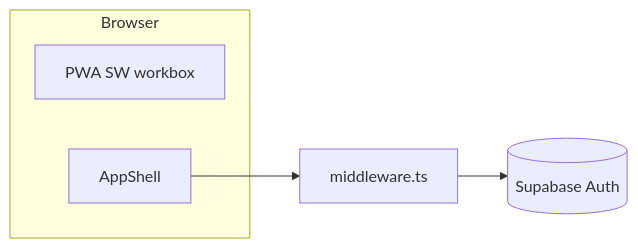
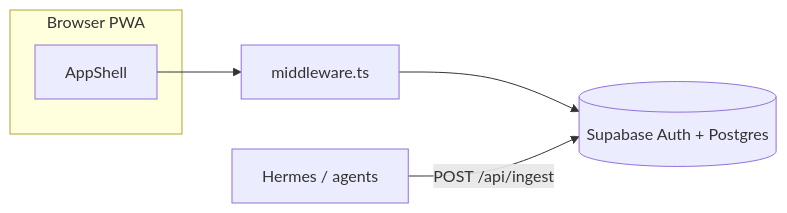
Before and after one commit to judmir/karriqi: the diagram in README.md, drawn with Mermaid. The commit also changed other lines of this file and 9 other files, not shown here.

````diff
--- a/README.md
+++ b/README.md
@@ -70,11 +87,12 @@
 ```mermaid
 flowchart LR
-  subgraph client [Browser]
-    PWA[PWA SW workbox]
+  subgraph client [Browser PWA]
     Shell[AppShell]
   end
   MW[middleware.ts]
-  SB[(Supabase Auth)]
+  SB[(Supabase Auth + Postgres)]
+  Agents[Hermes / agents]
   Shell --> MW
   MW --> SB
+  Agents -->|POST /api/ingest| SB
 ```
````
